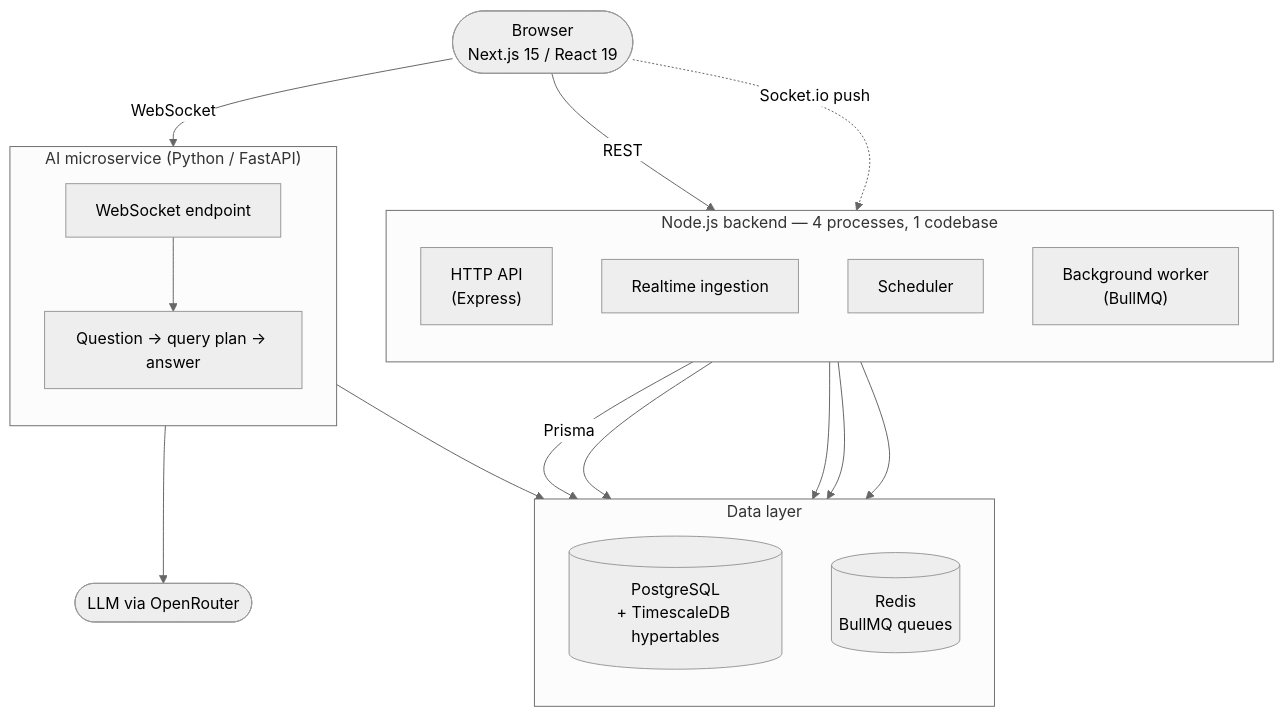
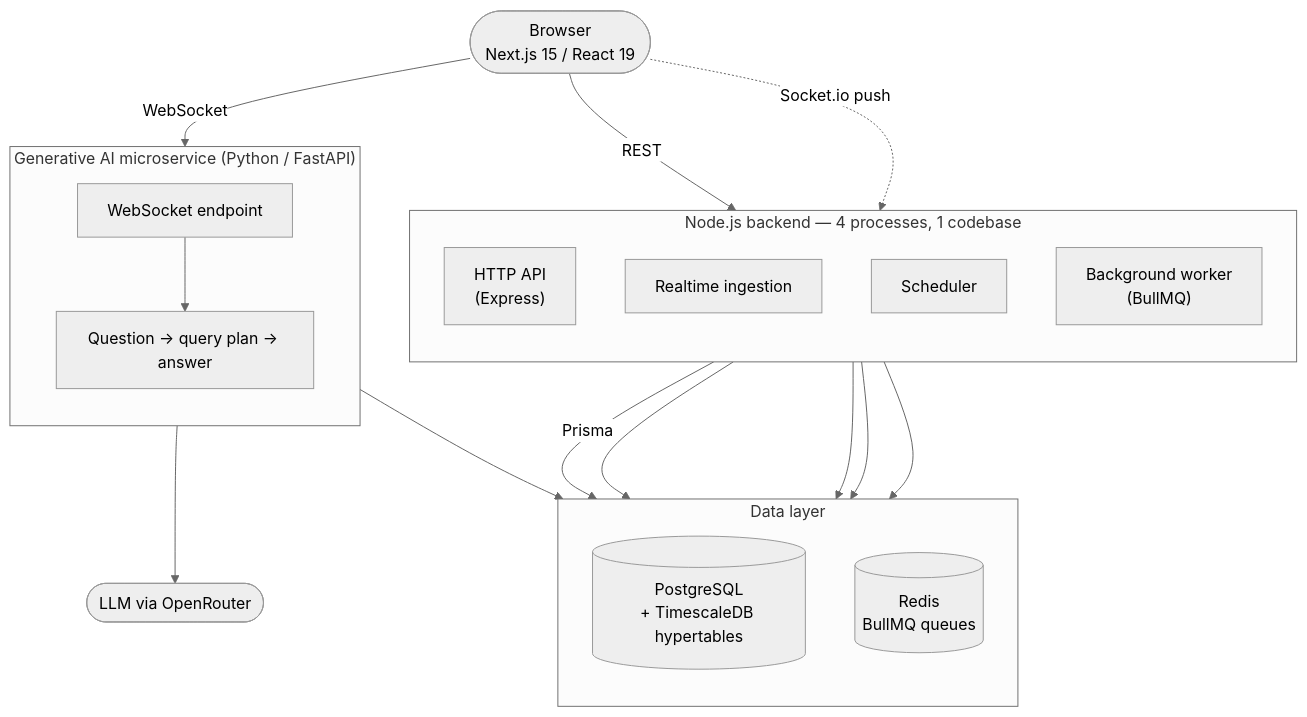
One commit to ahm-mad/ConvoyAI changed the second of 2 diagrams in README.md. Above: the diagram before and after it, drawn with Mermaid (neutral theme). The commit also changed other lines of this file, not shown here.

Commit message:
README: lead with Generative AI/LLM integration more explicitly and visually

````diff
--- a/README.md
+++ b/README.md
@@ -80,40 +80,40 @@
 ```mermaid
 flowchart TD
     Browser(["Browser<br/>Next.js 15 / React 19"])
 
     subgraph Backend["Node.js backend — 4 processes, 1 codebase"]
         direction TB
         HTTP["HTTP API<br/>(Express)"]
         MQTT["Realtime ingestion"]
         SCHED["Scheduler"]
         WORK["Background worker<br/>(BullMQ)"]
     end
 
-    subgraph AI["AI microservice (Python / FastAPI)"]
+    subgraph AI["Generative AI microservice (Python / FastAPI)"]
         direction TB
         WS["WebSocket endpoint"]
         QA["Question → query plan → answer"]
     end
 
     subgraph Data["Data layer"]
         direction TB
         PG[("PostgreSQL<br/>+ TimescaleDB hypertables")]
         REDIS[("Redis<br/>BullMQ queues")]
     end
 
     LLM(["LLM via OpenRouter"])
 
     Browser -->|REST| HTTP
     Browser -->|WebSocket| WS
     Browser -.->|Socket.io push| HTTP
 
     HTTP -->|Prisma| PG
     HTTP --> REDIS
     WORK --> REDIS
     SCHED --> PG
     MQTT --> PG
 
     WS --> QA
     QA --> PG
     QA --> LLM
 ```
````
